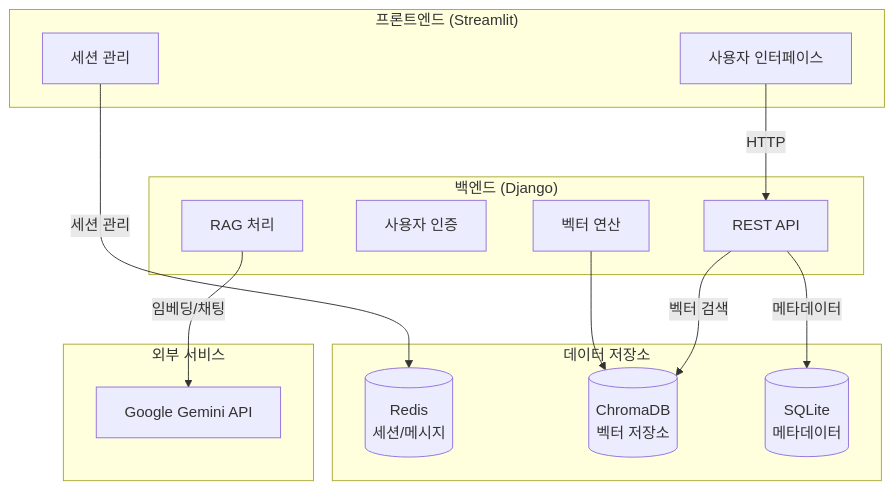
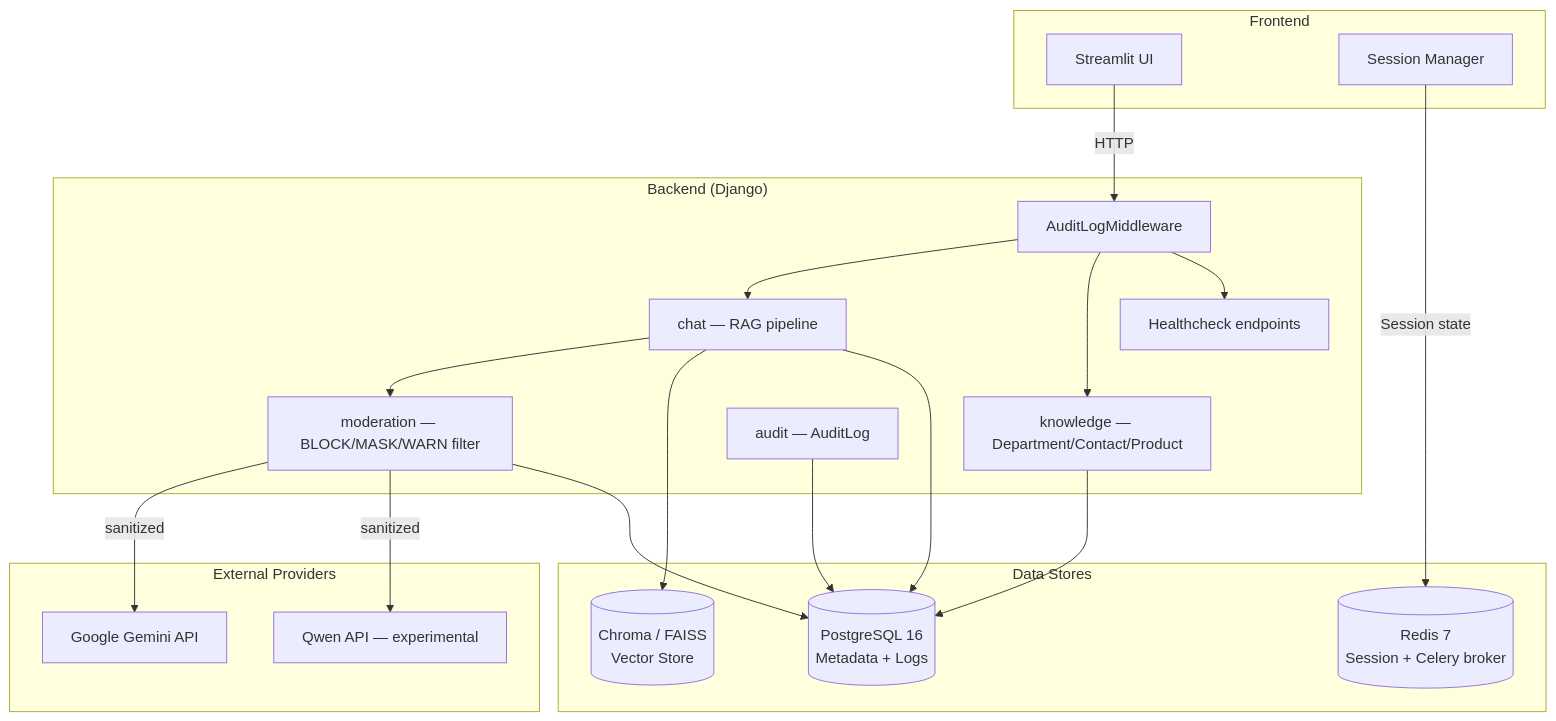
The first of 3 diagrams in Rag_Chat/ArchitectReadme.md (dea980/RAG_Chat), drawn with Mermaid before and after one commit. The commit also changed other lines of this file and 4 other files, not shown here.

First line of the commit message:
docs: sync READMEs + add PRD HTML for the new RBAC/moderation/knowledge/audit surface

````diff
--- a/Rag_Chat/ArchitectReadme.md
+++ b/Rag_Chat/ArchitectReadme.md
@@ -11,31 +10,37 @@
 ```mermaid
 graph TB
-    subgraph "프론트엔드 (Streamlit)"
-        UI[사용자 인터페이스]
-        SessionMgr[세션 관리]
+    subgraph "Frontend"
+        UI[Streamlit UI]
+        SessionMgr[Session Manager]
     end
-
-    subgraph "백엔드 (Django)"
-        API[REST API]
-        Auth[사용자 인증]
-        RAG[RAG 처리]
-        VectorOps[벡터 연산]
+    subgraph "Backend (Django)"
+        Mw[AuditLogMiddleware]
+        Chat[chat — RAG pipeline]
+        Knowledge[knowledge — Department/Contact/Product]
+        Moderation[moderation — BLOCK/MASK/WARN filter]
+        Audit[audit — AuditLog]
+        Health[Healthcheck endpoints]
     end
-
-    subgraph "데이터 저장소"
-        Redis[(Redis<br/>세션/메시지)]
-        ChromaDB[(ChromaDB<br/>벡터 저장소)]
-        SQLite[(SQLite<br/>메타데이터)]
+    subgraph "Data Stores"
+        Redis[(Redis 7<br/>Session + Celery broker)]
+        VectorDB[(Chroma / FAISS<br/>Vector Store)]
+        Postgres[(PostgreSQL 16<br/>Metadata + Logs)]
     end
-
-    subgraph "외부 서비스"
+    subgraph "External Providers"
         Gemini[Google Gemini API]
+        Qwen[Qwen API — experimental]
     end
-
-    UI --> |HTTP| API
-    SessionMgr --> |세션 관리| Redis
-    API --> |벡터 검색| ChromaDB
-    API --> |메타데이터| SQLite
-    RAG --> |임베딩/채팅| Gemini
-    VectorOps --> ChromaDB
+    UI --> |HTTP| Mw
+    SessionMgr --> |Session state| Redis
+    Mw --> Chat
+    Mw --> Knowledge
+    Mw --> Health
+    Chat --> Moderation
+    Moderation --> |sanitized| Gemini
+    Moderation --> |sanitized| Qwen
+    Chat --> VectorDB
+    Knowledge --> Postgres
+    Chat --> Postgres
+    Audit --> Postgres
+    Moderation --> Postgres
 ```
````
